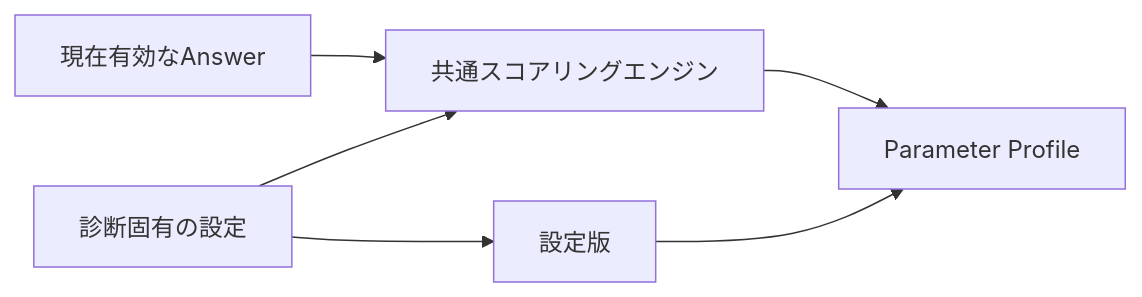
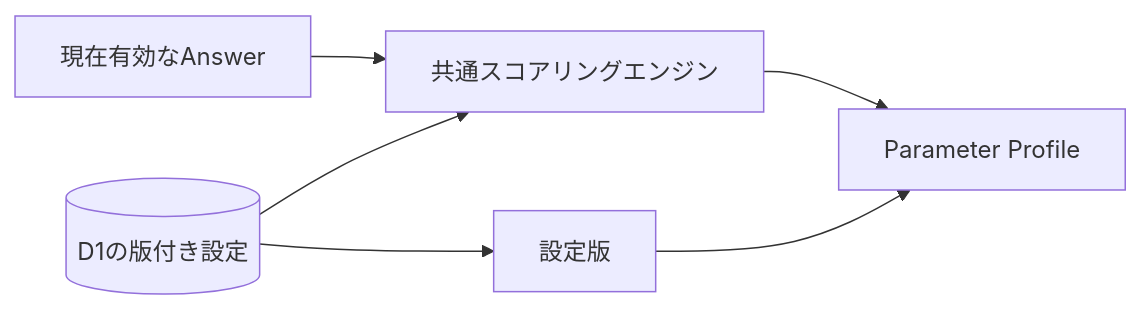
Before and after one commit to kkyosuke/me-builder: the diagram in docs/diagnosis/scoring/parameter-scoring-design.md, drawn with Mermaid. The commit also changed other lines of this file and 48 other files, not shown here.

````diff
--- a/docs/diagnosis/scoring/parameter-scoring-design.md
+++ b/docs/diagnosis/scoring/parameter-scoring-design.md
@@ -13,8 +15,8 @@
 ```mermaid
 flowchart LR
     A[現在有効なAnswer] --> E[共通スコアリングエンジン]
-    C[診断固有の設定] --> E
+    D[(D1の版付き設定)] --> E
     E --> P[Parameter Profile]
-    C --> V[設定版]
+    D --> V[設定版]
     V --> P
 ```
````
